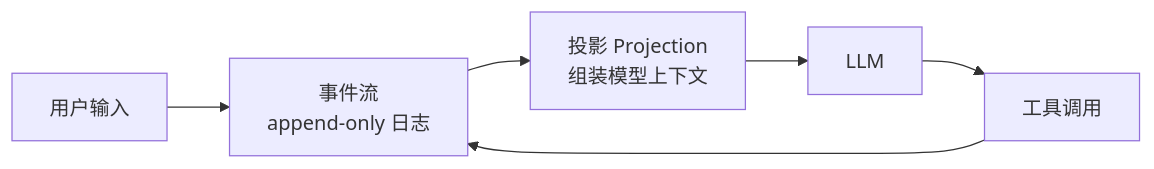
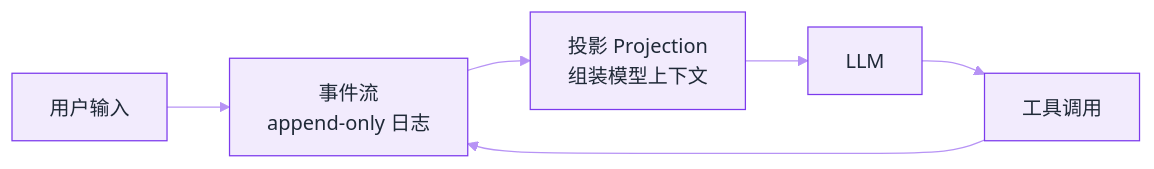
Before and after one commit to funny8kids/ai-agent-handbook: the diagram in docs/02-agent-basics/state-management.md, drawn with Mermaid. The commit also changed 144 other files, not shown here.

First line of the commit message:
Theme all 154 Mermaid diagrams with per-chapter colors via %%{init}%% directives

````diff
--- a/docs/02-agent-basics/state-management.md
+++ b/docs/02-agent-basics/state-management.md
@@ -32,8 +32,9 @@
 ```mermaid
+%%{init: {"theme":"base","themeVariables":{"primaryColor":"#F2EBFD","primaryBorderColor":"#7C3AED","primaryTextColor":"#1F2937","secondaryColor":"#E2D4FB","tertiaryColor":"#FAF7FE","lineColor":"#B793F5","actorBkg":"#F5EFFE","actorBorder":"#7C3AED","actorTextColor":"#1F2937","signalColor":"#A375F2","noteBkgColor":"#E7DCFC","noteBorderColor":"#7C3AED","noteTextColor":"#1F2937","labelBoxBkgColor":"#F2EBFD","labelBoxBorderColor":"#7C3AED"}}}%%
 flowchart LR
   A[用户输入] --> B[事件流<br/>append-only 日志]
   B --> C[投影 Projection<br/>组装模型上下文]
   C --> D[LLM]
   D --> E[工具调用]
   E --> B
 ```
````
